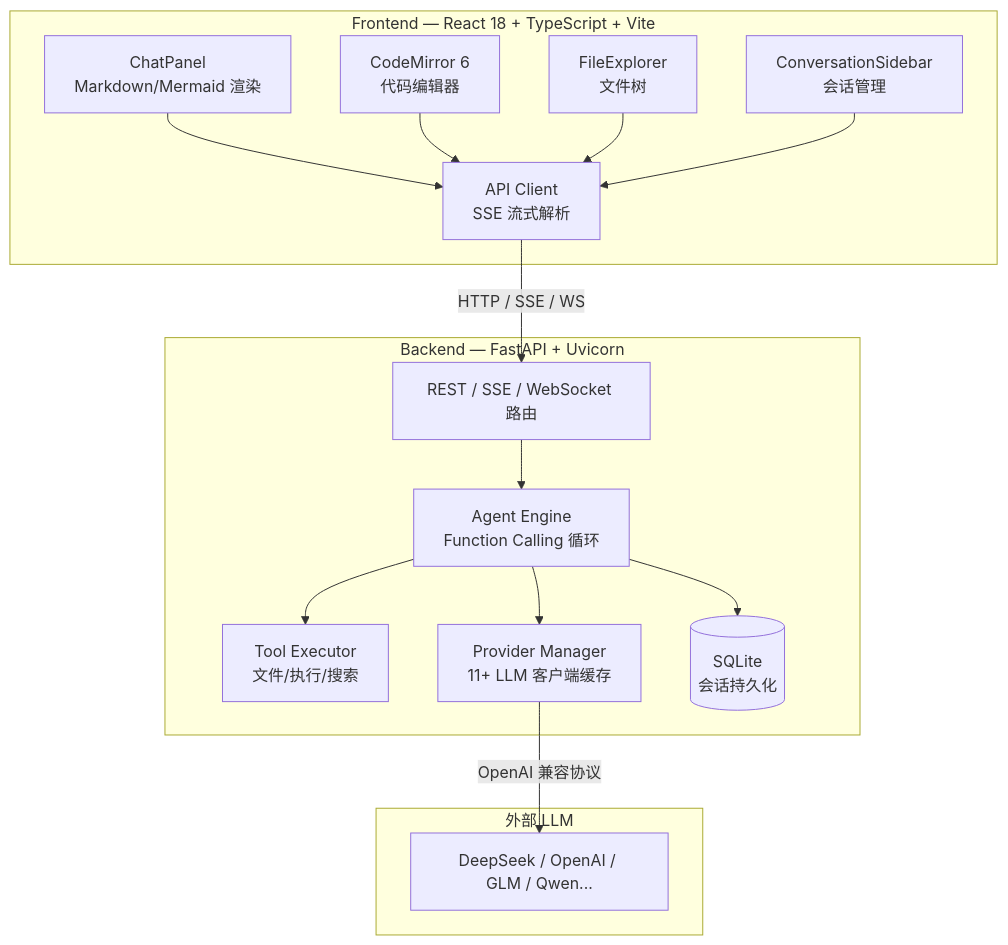
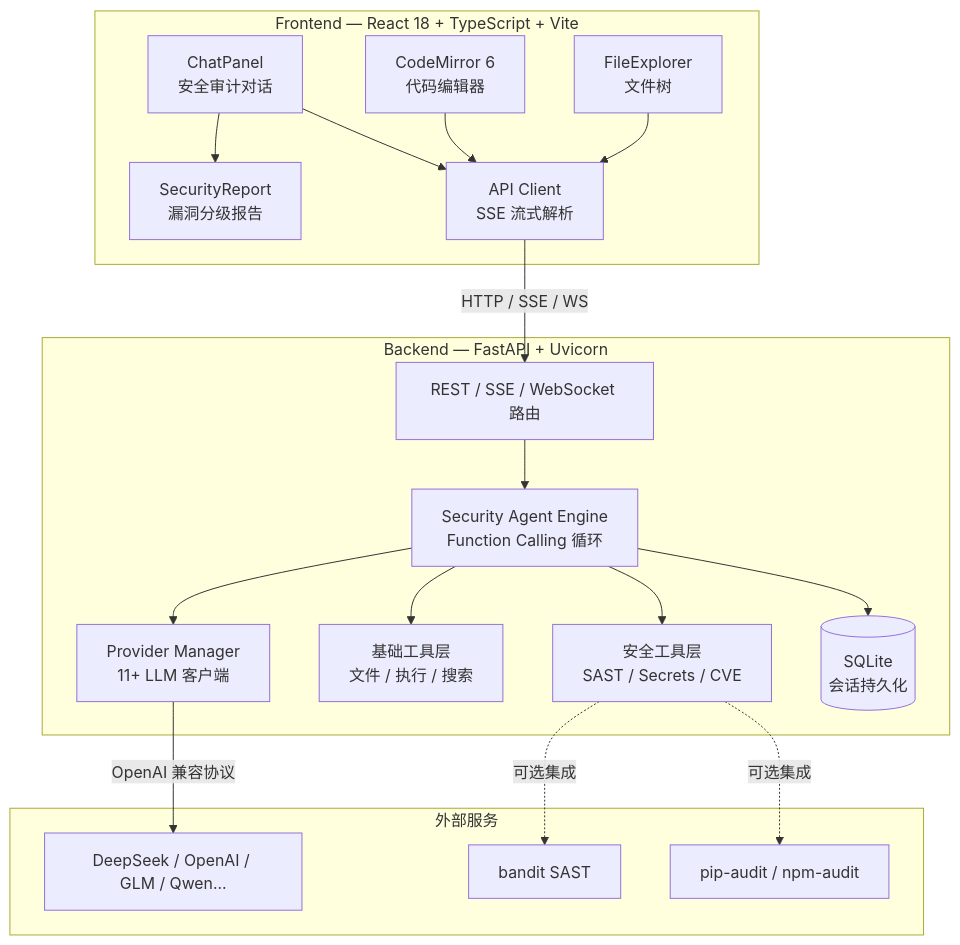
The first of 2 diagrams in README.md (wyqsgy/codex-agent), drawn with Mermaid before and after one commit. The commit also changed other lines of this file and 9 other files, not shown here.

Commit message:
feat: 转型为安全 Agent — 新增 SAST 扫描、密钥检测、依赖漏洞检查与安全报告导出

````diff
--- a/README.md
+++ b/README.md
@@ -41,33 +54,39 @@
 ```mermaid
 graph TB
-    subgraph "Frontend — React 18 + TypeScript + Vite"
-        UI[ChatPanel<br/>Markdown/Mermaid 渲染]
+    subgraph Frontend["Frontend — React 18 + TypeScript + Vite"]
+        UI[ChatPanel<br/>安全审计对话]
+        SR[SecurityReport<br/>漏洞分级报告]
         CE[CodeMirror 6<br/>代码编辑器]
         FE[FileExplorer<br/>文件树]
-        SB[ConversationSidebar<br/>会话管理]
         API[API Client<br/>SSE 流式解析]
+        UI --> SR
         UI --> API
         CE --> API
         FE --> API
-        SB --> API
     end
 
-    subgraph "Backend — FastAPI + Uvicorn"
+    subgraph Backend["Backend — FastAPI + Uvicorn"]
         ROUTE[REST / SSE / WebSocket 路由]
-        AGENT[Agent Engine<br/>Function Calling 循环]
-        TOOLS[Tool Executor<br/>文件/执行/搜索]
-        PM[Provider Manager<br/>11+ LLM 客户端缓存]
+        AGENT[Security Agent Engine<br/>Function Calling 循环]
+        SECTOOLS[安全工具层<br/>SAST / Secrets / CVE]
+        BASETOOLS[基础工具层<br/>文件 / 执行 / 搜索]
+        PM[Provider Manager<br/>11+ LLM 客户端]
         DB[(SQLite<br/>会话持久化)]
         ROUTE --> AGENT
-        AGENT --> TOOLS
+        AGENT --> SECTOOLS
+        AGENT --> BASETOOLS
         AGENT --> PM
         AGENT --> DB
     end
 
-    subgraph "外部 LLM"
+    subgraph External["外部服务"]
         LLM[DeepSeek / OpenAI / GLM / Qwen...]
+        BANDIT[bandit SAST]
+        AUDIT[pip-audit / npm-audit]
     end
 
     API -->|HTTP / SSE / WS| ROUTE
     PM -->|OpenAI 兼容协议| LLM
+    SECTOOLS -.->|可选集成| BANDIT
+    SECTOOLS -.->|可选集成| AUDIT
 ```
````
